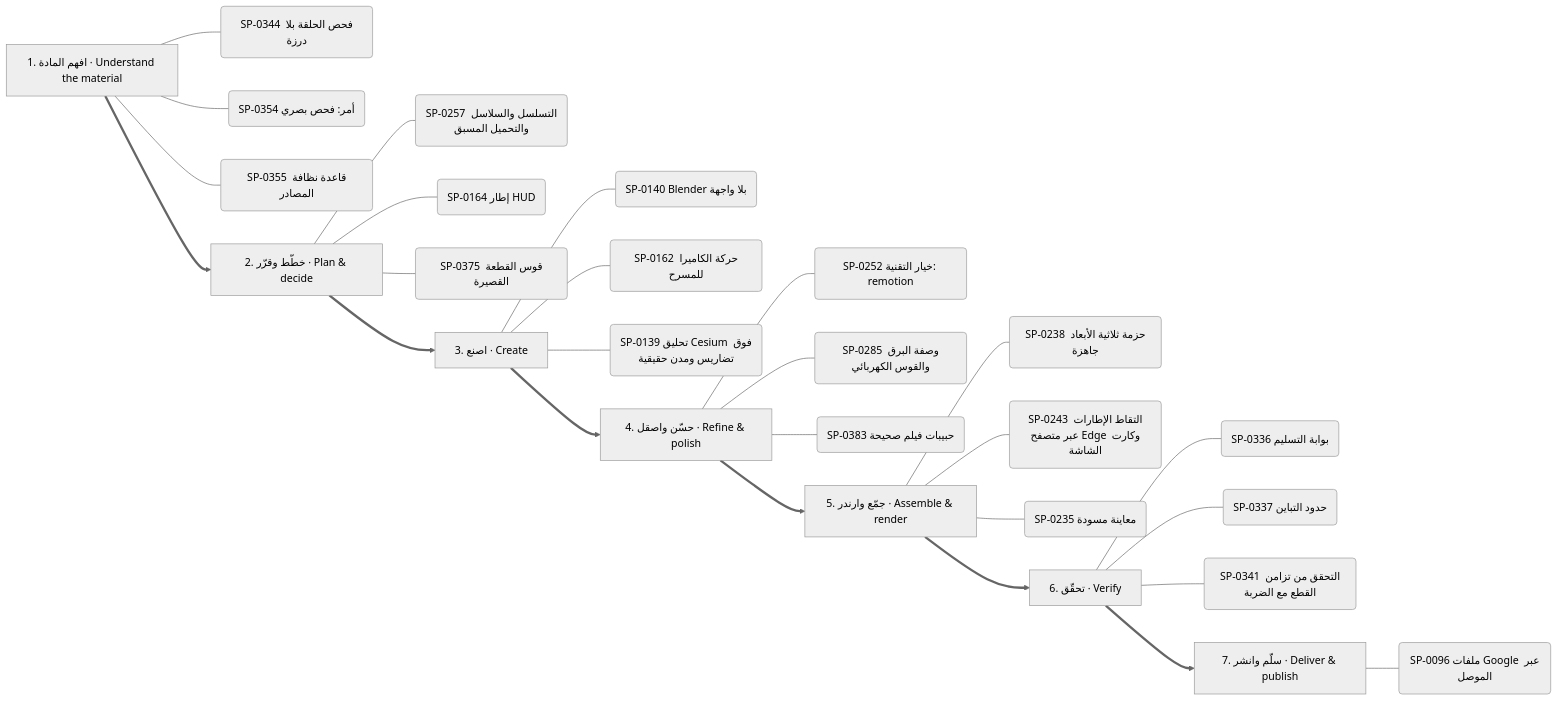
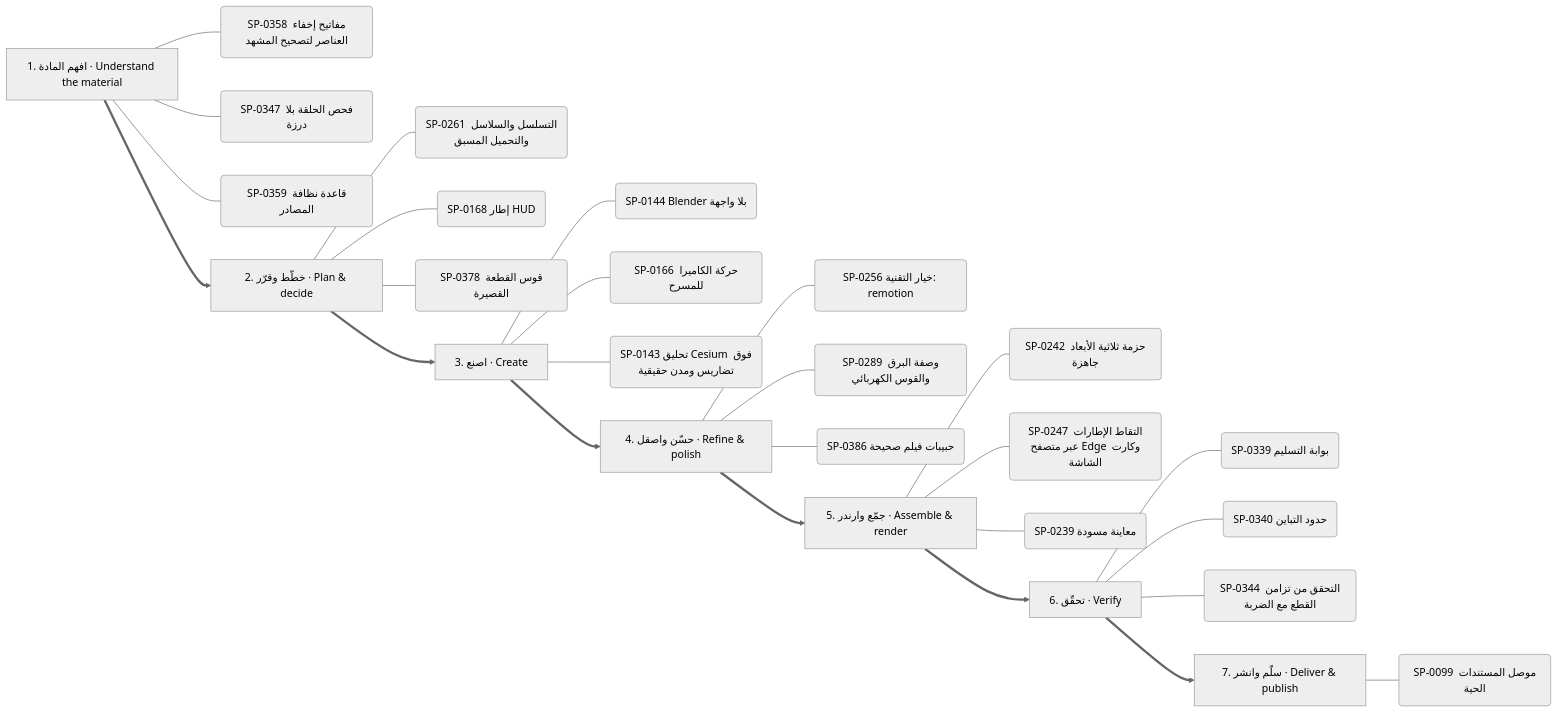
One commit to kosif199022-jpg/kosif-tool changed the eighth of 13 diagrams in .claude/skills/kosif-superpowers/references/capability-mindmap.md. Above: the diagram before and after it, drawn with Mermaid (neutral theme). The commit also changed other lines of this file and 61 other files, not shown here.

````diff
--- a/.claude/skills/kosif-superpowers/references/capability-mindmap.md
+++ b/.claude/skills/kosif-superpowers/references/capability-mindmap.md
@@ -407,35 +408,35 @@
 ```mermaid
 flowchart LR
   S0["1. افهم المادة · Understand the material"]
-  S0 --- S0_0("SP-0344 فحص الحلقة بلا درزة")
-  S0 --- S0_1("SP-0354 أمر: فحص بصري")
-  S0 --- S0_2("SP-0355 قاعدة نظافة المصادر")
+  S0 --- S0_0("SP-0358 مفاتيح إخفاء العناصر لتصحيح المشهد")
+  S0 --- S0_1("SP-0347 فحص الحلقة بلا درزة")
+  S0 --- S0_2("SP-0359 قاعدة نظافة المصادر")
   S1["2. خطّط وقرّر · Plan & decide"]
-  S1 --- S1_0("SP-0257 التسلسل والسلاسل والتحميل المسبق")
-  S1 --- S1_1("SP-0164 إطار HUD")
-  S1 --- S1_2("SP-0375 قوس القطعة القصيرة")
+  S1 --- S1_0("SP-0261 التسلسل والسلاسل والتحميل المسبق")
+  S1 --- S1_1("SP-0168 إطار HUD")
+  S1 --- S1_2("SP-0378 قوس القطعة القصيرة")
   S0 ==> S1
   S2["3. اصنع · Create"]
-  S2 --- S2_0("SP-0140 Blender بلا واجهة")
-  S2 --- S2_1("SP-0162 حركة الكاميرا للمسرح")
-  S2 --- S2_2("SP-0139 تحليق Cesium فوق تضاريس ومدن حقيقية")
+  S2 --- S2_0("SP-0144 Blender بلا واجهة")
+  S2 --- S2_1("SP-0166 حركة الكاميرا للمسرح")
+  S2 --- S2_2("SP-0143 تحليق Cesium فوق تضاريس ومدن حقيقية")
   S1 ==> S2
   S3["4. حسّن واصقل · Refine & polish"]
-  S3 --- S3_0("SP-0252 خيار التقنية: remotion")
-  S3 --- S3_1("SP-0285 وصفة البرق والقوس الكهربائي")
-  S3 --- S3_2("SP-0383 حبيبات فيلم صحيحة")
+  S3 --- S3_0("SP-0256 خيار التقنية: remotion")
+  S3 --- S3_1("SP-0289 وصفة البرق والقوس الكهربائي")
+  S3 --- S3_2("SP-0386 حبيبات فيلم صحيحة")
   S2 ==> S3
   S4["5. جمّع وارندر · Assemble & render"]
-  S4 --- S4_0("SP-0238 حزمة ثلاثية الأبعاد جاهزة")
-  S4 --- S4_1("SP-0243 التقاط الإطارات عبر متصفح Edge وكارت الشاشة")
-  S4 --- S4_2("SP-0235 معاينة مسودة")
+  S4 --- S4_0("SP-0242 حزمة ثلاثية الأبعاد جاهزة")
+  S4 --- S4_1("SP-0247 التقاط الإطارات عبر متصفح Edge وكارت الشاشة")
+  S4 --- S4_2("SP-0239 معاينة مسودة")
   S3 ==> S4
   S5["6. تحقّق · Verify"]
-  S5 --- S5_0("SP-0336 بوابة التسليم")
-  S5 --- S5_1("SP-0337 حدود التباين")
-  S5 --- S5_2("SP-0341 التحقق من تزامن القطع مع الضربة")
+  S5 --- S5_0("SP-0339 بوابة التسليم")
+  S5 --- S5_1("SP-0340 حدود التباين")
+  S5 --- S5_2("SP-0344 التحقق من تزامن القطع مع الضربة")
   S4 ==> S5
   S6["7. سلّم وانشر · Deliver & publish"]
-  S6 --- S6_0("SP-0096 ملفات Google عبر الموصل")
+  S6 --- S6_0("SP-0099 موصل المستندات الحية")
   S5 ==> S6
 ```
````
